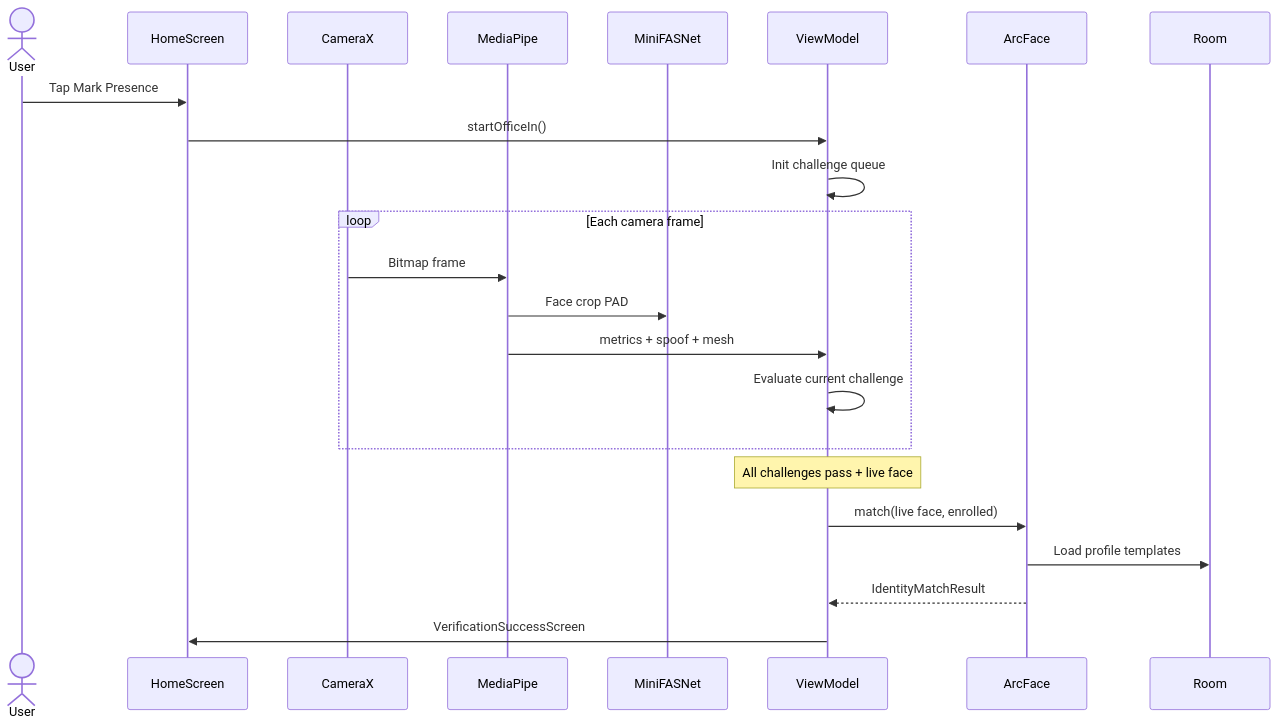
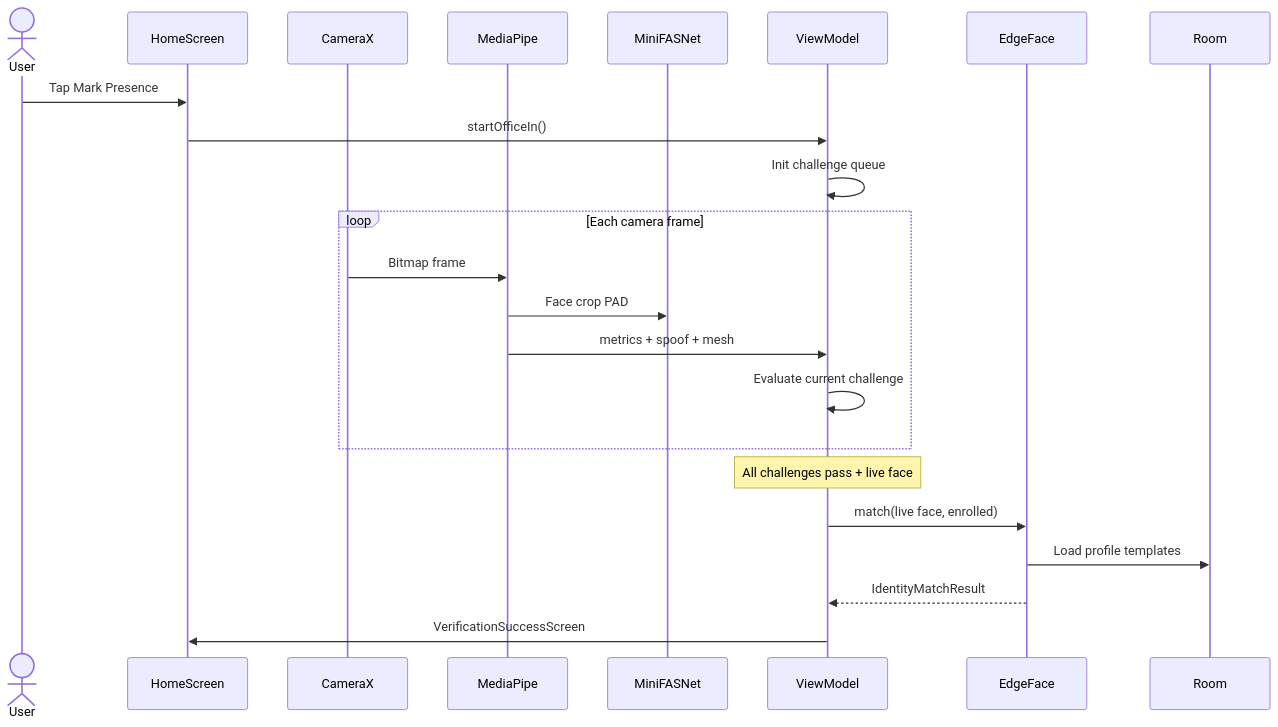
One commit to debasiskoley/face-liveness-ai changed the second of 3 diagrams in README.md. Above: the diagram before and after it, drawn with Mermaid. The commit also changed other lines of this file and 16 other files, not shown here.

````diff
--- a/README.md
+++ b/README.md
@@ -86,26 +86,26 @@
 ```mermaid
 sequenceDiagram
   actor User
   participant Home as HomeScreen
   participant Cam as CameraX
   participant MP as MediaPipe
   participant PAD as MiniFASNet
   participant VM as ViewModel
-  participant AF as ArcFace
+  participant AF as EdgeFace
   participant DB as Room
 
   User->>Home: Tap Mark Presence
   Home->>VM: startOfficeIn()
   VM->>VM: Init challenge queue
   loop Each camera frame
     Cam->>MP: Bitmap frame
     MP->>PAD: Face crop PAD
     MP->>VM: metrics + spoof + mesh
     VM->>VM: Evaluate current challenge
   end
   Note over VM: All challenges pass + live face
   VM->>AF: match(live face, enrolled)
   AF->>DB: Load profile templates
   AF-->>VM: IdentityMatchResult
   VM->>Home: VerificationSuccessScreen
 ```
````
